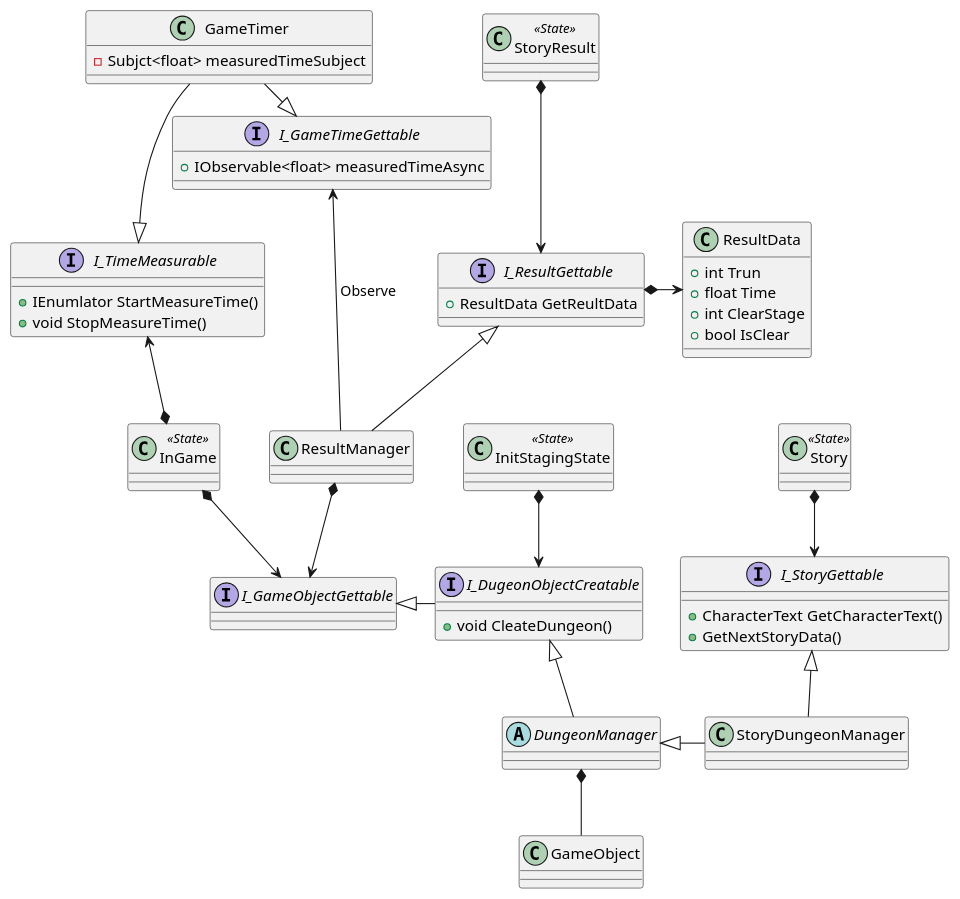
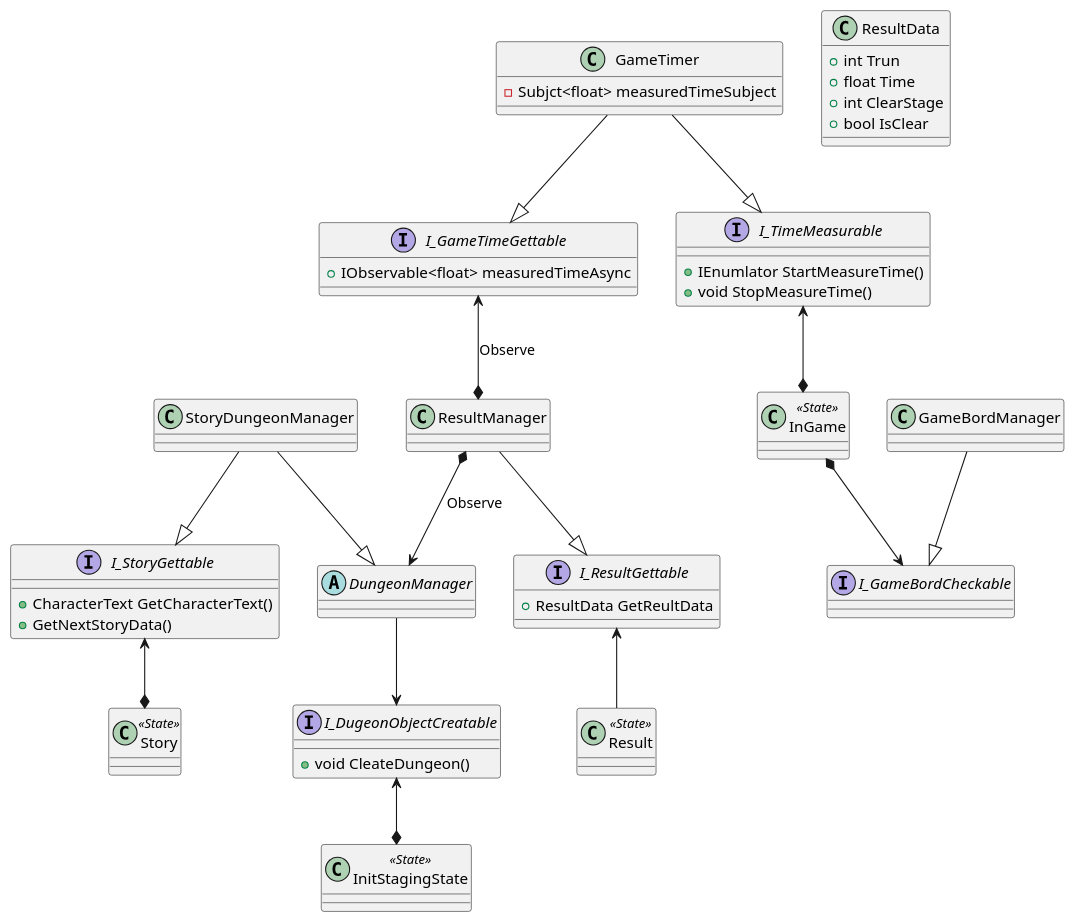
The diagram in Assets/uml/State/StateClass.pu (tezumozu/1Week_240812), drawn with PlantUML before and after one commit. The commit also changed 87 other files, not shown here.

```diff
--- a/Assets/uml/State/StateClass.pu
+++ b/Assets/uml/State/StateClass.pu
@@ -1,92 +1,98 @@
 @startuml StateClass
 
     abstract class DungeonManager{
 
     }
 
-    class StoryDungeonManager
+    class StoryDungeonManager{
+
+    }
+
+    class GameBordManager{
+
+    }
 
     interface I_DugeonObjectCreatable{
         + void CleateDungeon()
     }
 
-    interface I_GameObjectGettable{
+    interface I_GameBordCheckable{
     }
 
     interface I_StoryGettable{
         + CharacterText GetCharacterText()
         + GetNextStoryData()
     }
 
     interface I_ResultGettable{
         + ResultData GetReultData
     }
 
     class ResultData{
         +int Trun
         +float Time
         +int ClearStage
         +bool IsClear
     }
 
     class GameTimer{
         -Subjct<float> measuredTimeSubject
     }
 
     interface I_TimeMeasurable{
         + IEnumlator StartMeasureTime()
         + void StopMeasureTime()
     }
 
     interface I_GameTimeGettable{
         +IObservable<float> measuredTimeAsync
     }
 
 
 
     class ResultManager{
 
     }
 
     class InitStagingState <<State>>{
 
     }
 
     class InGame <<State>>{
 
     }
 
     class Story <<State>>{
 
     }
 
-    class StoryResult <<State>>{
+    class Result <<State>>{
 
     }
 
-    I_DugeonObjectCreatable -left-|> I_GameObjectGettable 
+    I_GameBordCheckable <|-up- GameBordManager
 
-    InitStagingState *--> I_DugeonObjectCreatable
-    InGame *--> I_GameObjectGettable
-    Story *--> I_StoryGettable
-    StoryResult *--> I_ResultGettable
-
-    DungeonManager -up-|> I_DugeonObjectCreatable
-    DungeonManager <|-right- StoryDungeonManager
-    StoryDungeonManager -up-|> I_StoryGettable
-    ResultManager -up-|> I_ResultGettable
-    ResultManager *--> I_GameObjectGettable
-
-    GameObject -up-* DungeonManager
-    I_ResultGettable *-right-> ResultData 
+    GameTimer --|> I_TimeMeasurable
+    GameTimer --|> I_GameTimeGettable
 
     InGame *-up-> I_TimeMeasurable
-    GameTimer --|> I_TimeMeasurable
-    GameTimer -right-|> I_GameTimeGettable
-    ResultManager -left-> I_GameTimeGettable : Observe
+    InGame *--> I_GameBordCheckable
 
+    InitStagingState *-up-> I_DugeonObjectCreatable
 
+    DungeonManager --> I_DugeonObjectCreatable
+
+    ResultManager *-up-> I_GameTimeGettable : Observe
+    ResultManager *--> DungeonManager : Observe
+    ResultManager --|> I_ResultGettable
+    
+    Result -up-> I_ResultGettable
+
+    StoryDungeonManager --|> DungeonManager
+    StoryDungeonManager --|> I_StoryGettable
+
+    Story *-up-> I_StoryGettable
 
 
 
 @enduml
```
